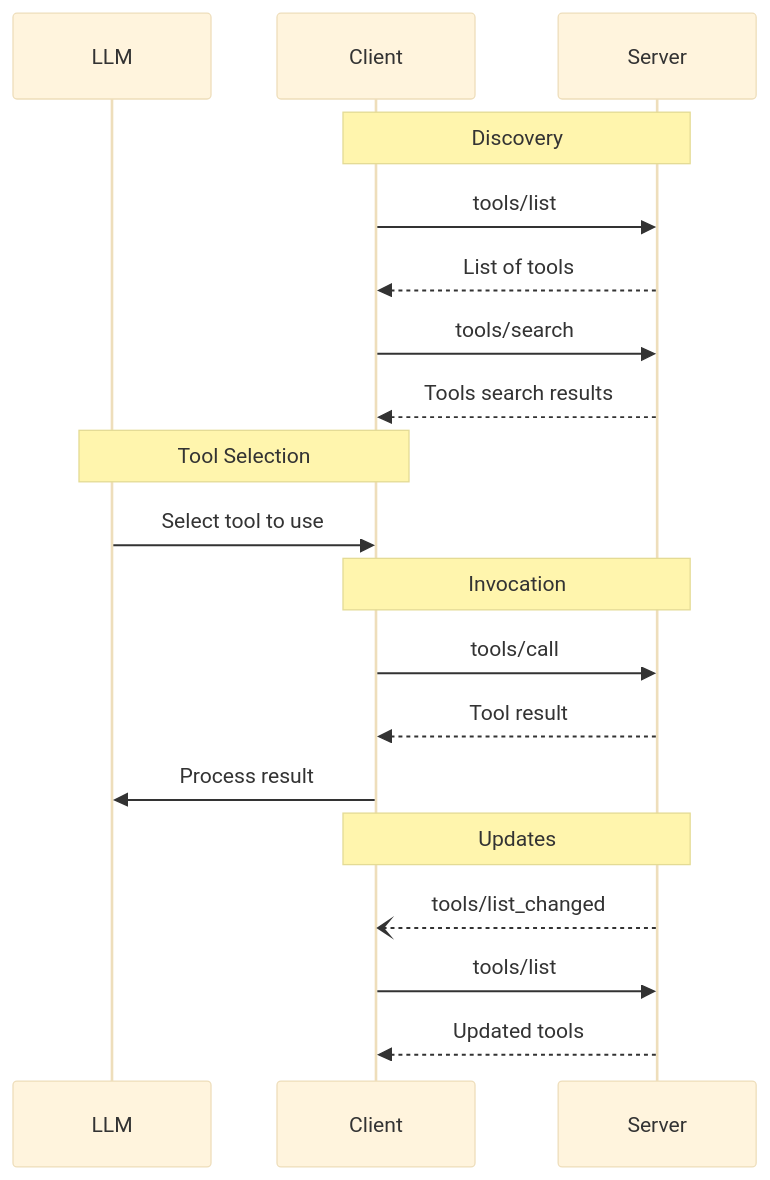
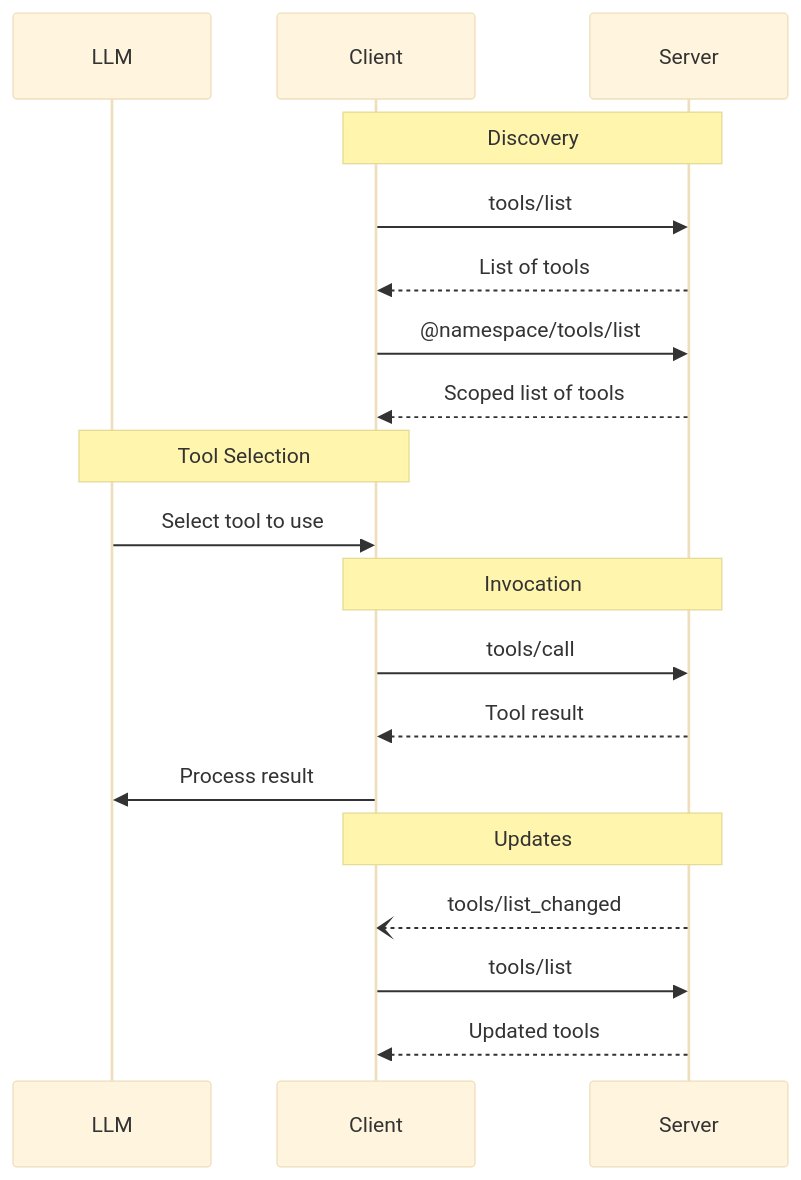
One commit to modelcontextprotocol/specification changed the diagram in docs/specification/2025-03-26/server/tools.mdx. Above: the diagram before and after it, drawn with Mermaid (base theme). The commit also changed 2 other files, not shown here.

````diff
--- a/docs/specification/2025-03-26/server/tools.mdx
+++ b/docs/specification/2025-03-26/server/tools.mdx
@@ -151,25 +151,25 @@
 ```mermaid
 sequenceDiagram
     participant LLM
     participant Client
     participant Server
 
     Note over Client,Server: Discovery
     Client->>Server: tools/list
     Server-->>Client: List of tools
-    Client->>Server: tools/search
-    Server-->>Client: Tools search results
+    Client->>Server: @namespace/tools/list
+    Server-->>Client: Scoped list of tools
 
     Note over Client,LLM: Tool Selection
     LLM->>Client: Select tool to use
 
     Note over Client,Server: Invocation
     Client->>Server: tools/call
     Server-->>Client: Tool result
     Client->>LLM: Process result
 
     Note over Client,Server: Updates
     Server--)Client: tools/list_changed
     Client->>Server: tools/list
     Server-->>Client: Updated tools
 ```
````
